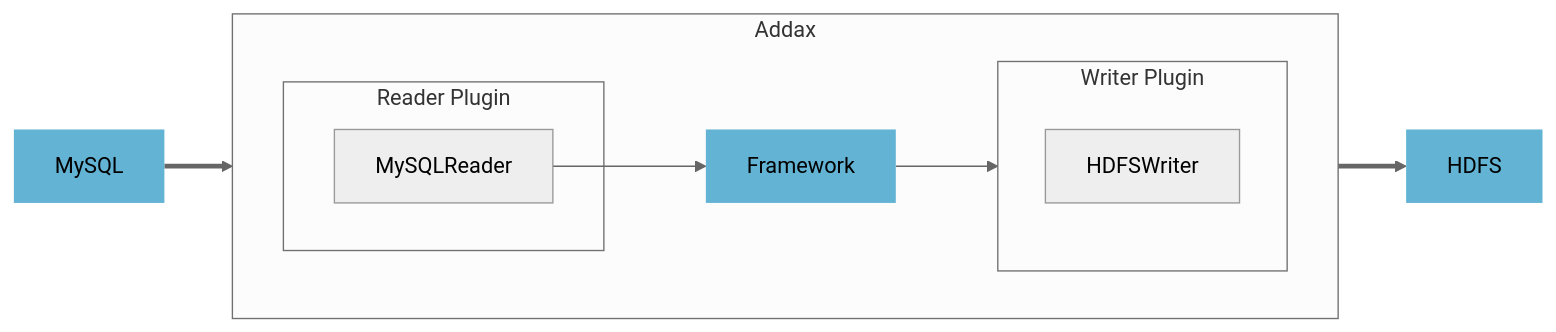
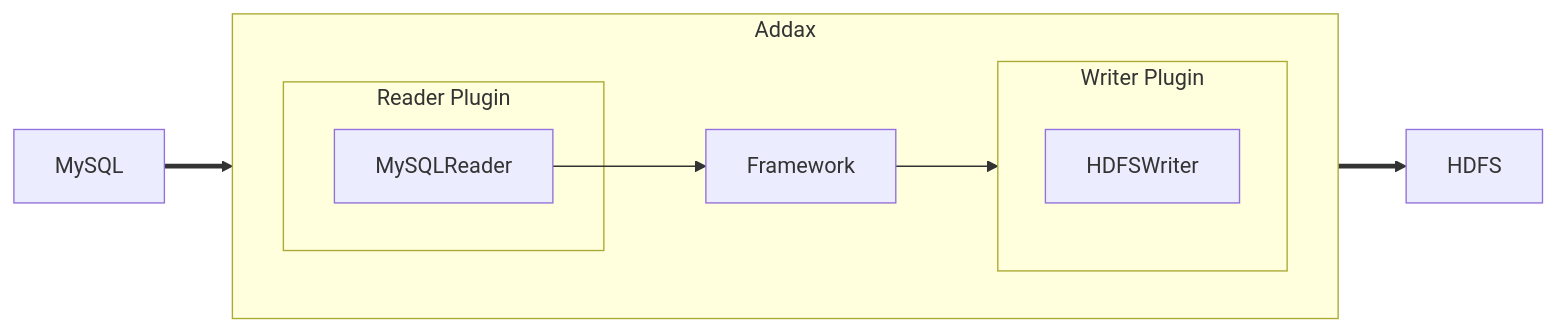
One commit to wgzhao/Addax changed the first of 2 diagrams in docs/index.md. Above: the diagram before and after it, drawn with Mermaid. The commit also changed other lines of this file and 1 other file, not shown here.

Commit message:
remove custom mermaid theme

````diff
--- a/docs/index.md
+++ b/docs/index.md
@@ -13,20 +13,18 @@
 ```mermaid
-%%{init: {"theme": "neutral"}}%%
 graph LR
 MySQL
 subgraph Addax
 	direction LR
 	subgraph reader["Reader Plugin"]
 		mr["MySQLReader"]
 	end
 	subgraph writer["Writer Plugin"]
 	hw["HDFSWriter"]
 	end
-	Framework:::f1
+	Framework
 	mr --> Framework --> writer
 end
 
-MySQL:::f1 ==> Addax ==> HDFS:::f1
+MySQL ==> Addax ==> HDFS
 
-classDef f1 fill:#62B3D4,stroke-width:0px;
 ```
````
